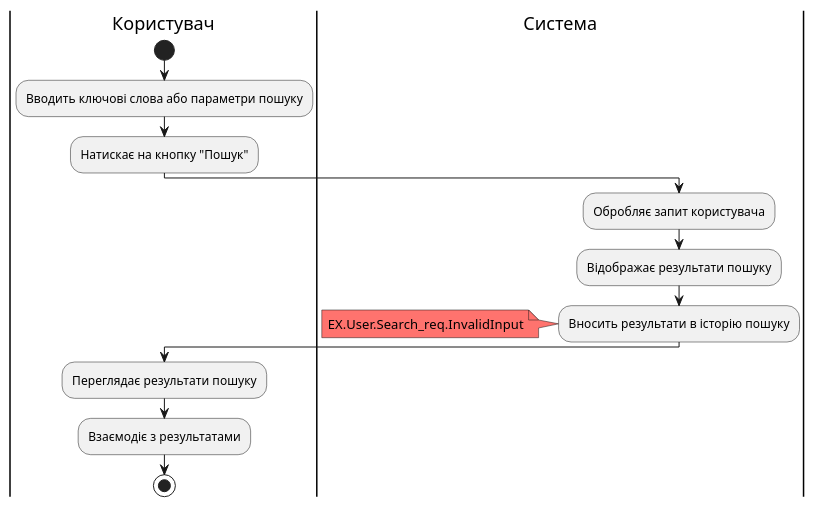
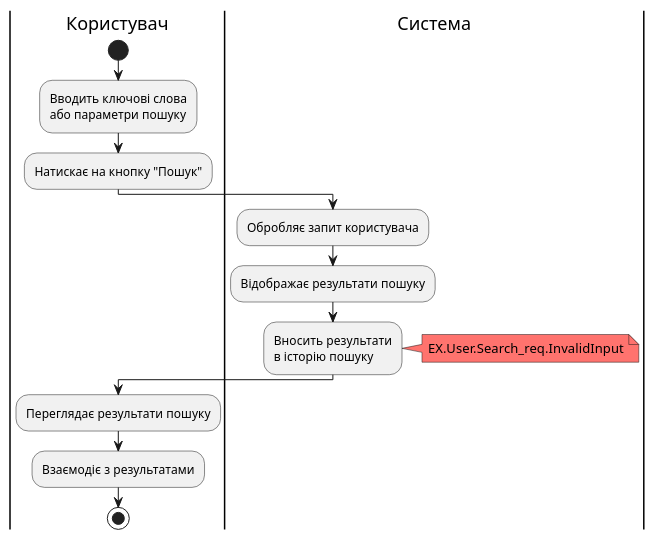
Before and after one commit to nonGratis/retarder-io-23-3: the tenth of 14 diagrams in docs/use cases/README.md, drawn with PlantUML.

Commit message:
correct User.Search_req UML

````diff
--- a/docs/use cases/README.md
+++ b/docs/use cases/README.md
@@ -322,19 +322,19 @@
 ```plantuml
 @startuml
 |Користувач|
     start
-    :Вводить ключові слова або параметри пошуку;
+    :Вводить ключові слова\nабо параметри пошуку;
     :Натискає на кнопку "Пошук";
 |Система|
     :Обробляє запит користувача;
     :Відображає результати пошуку;
-    :Вносить результати в історію пошуку;
-        note left #FF736E
+    :Вносить результати\nв історію пошуку;
+        note right #FF736E
             EX.User.Search_req.InvalidInput
         end note
 |Користувач|
     :Переглядає результати пошуку;
     :Взаємодіє з результатами;
     stop;
 @enduml
 ```
````
